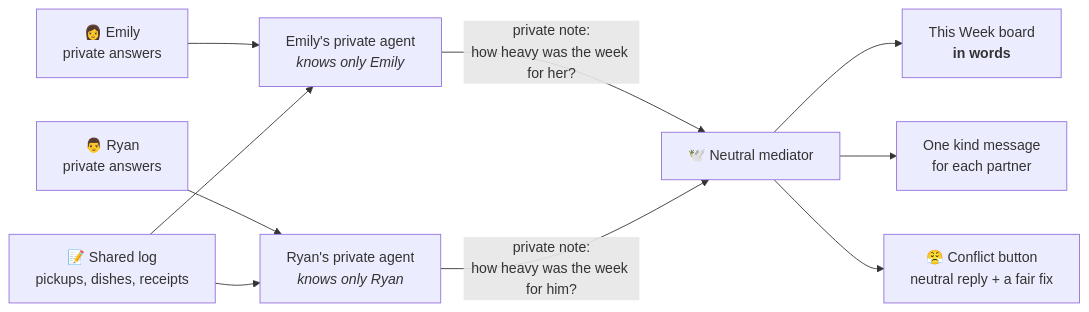
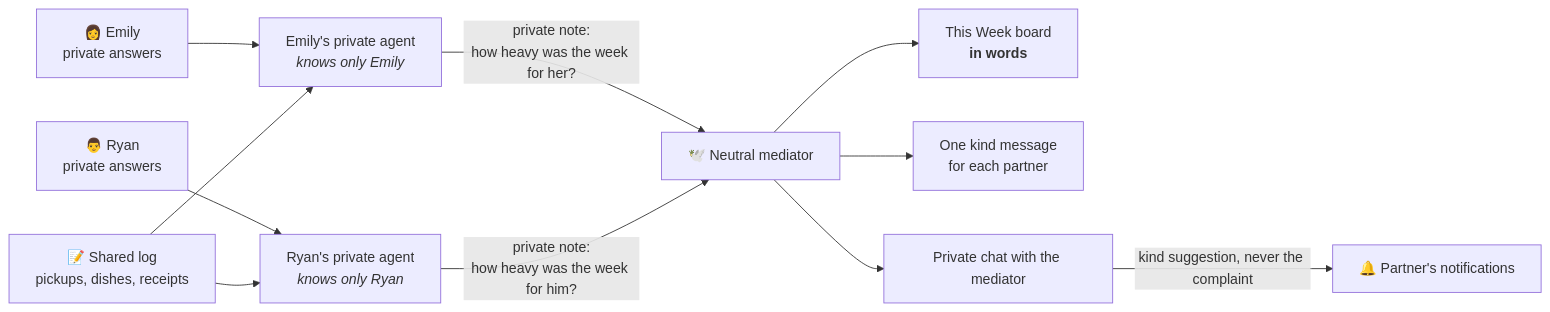
One commit to DarkModeGirl22/51-51 changed the diagram in README.md. Above: the diagram before and after it, drawn with Mermaid. The commit also changed other lines of this file and 11 other files, not shown here.

First line of the commit message:
Private chat with the mediator; partner gets a kind nudge, never the complaint

````diff
--- a/README.md
+++ b/README.md
@@ -54,12 +54,13 @@
 ```mermaid
 flowchart LR
     A["👩 Emily<br/>private answers"] --> AA["Emily's private agent<br/><i>knows only Emily</i>"]
     B["👨 Ryan<br/>private answers"] --> BA["Ryan's private agent<br/><i>knows only Ryan</i>"]
     L["📝 Shared log<br/>pickups, dishes, receipts"] --> AA
     L --> BA
     AA -- "private note:<br/>how heavy was the week for her?" --> M["🕊️ Neutral mediator"]
     BA -- "private note:<br/>how heavy was the week for him?" --> M
     M --> W["This Week board<br/><b>in words</b>"]
     M --> MSG["One kind message<br/>for each partner"]
-    M --> C["😤 Conflict button<br/>neutral reply + a fair fix"]
+    M --> C["Private chat with the mediator"]
+    C -- "kind suggestion, never the complaint" --> N["🔔 Partner's notifications"]
 ```
````
